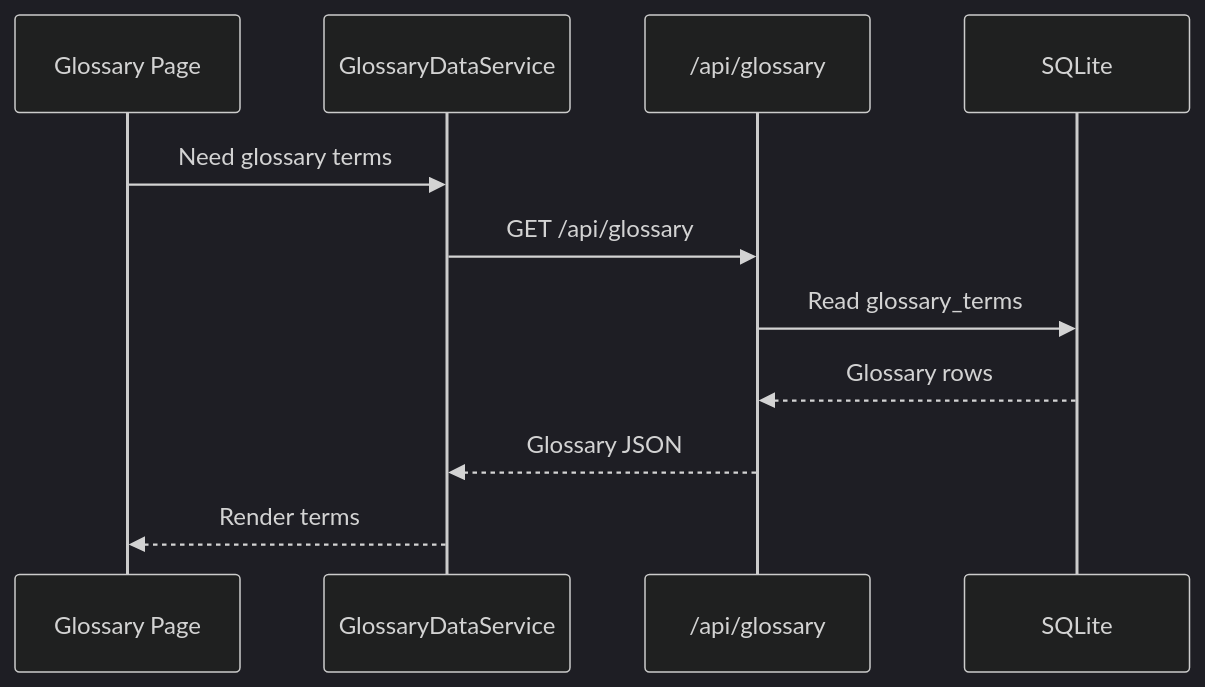
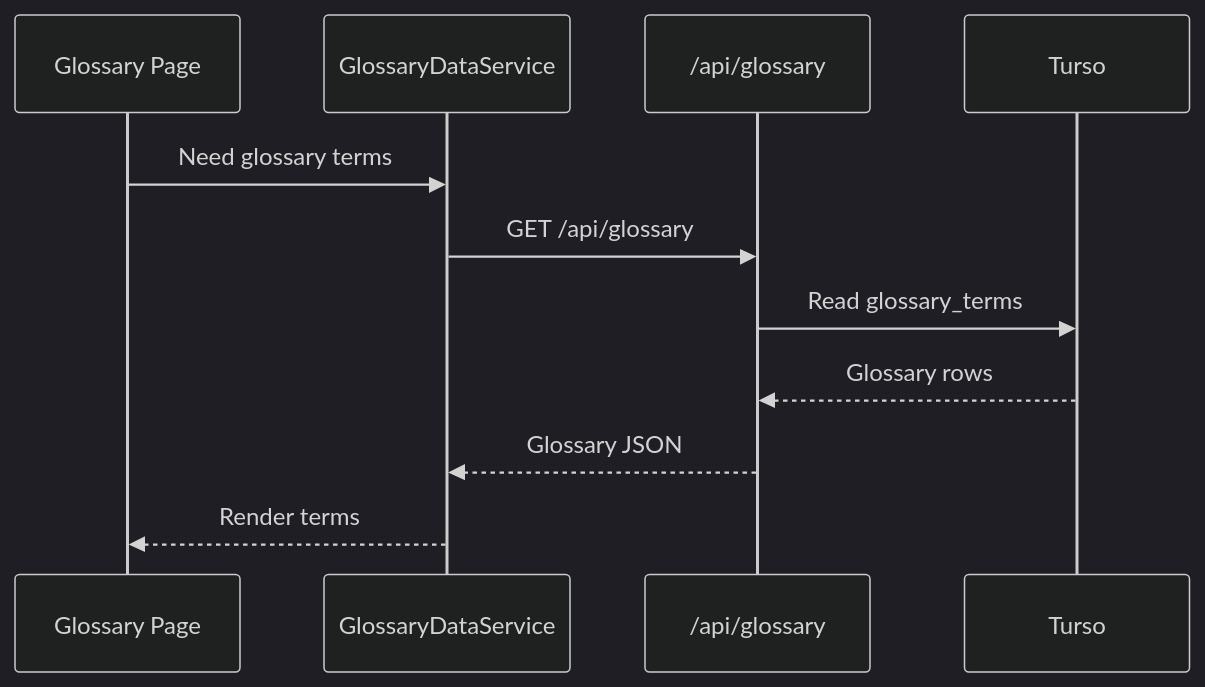
Before and after one commit to anthonyturner/marvel-rivals-coach: the fifth of 7 diagrams in src/docs/content-data-flow.md, drawn with Mermaid (dark theme). The commit also changed other lines of this file and 12 other files, not shown here.

First line of the commit message:
feat: migrate from SQLite to Turso for database management

````diff
--- a/src/docs/content-data-flow.md
+++ b/src/docs/content-data-flow.md
@@ -108,14 +108,14 @@
 ```mermaid
 sequenceDiagram
   participant Page as Glossary Page
   participant Service as GlossaryDataService
   participant Api as /api/glossary
-  participant DB as SQLite
+  participant DB as Turso
 
   Page->>Service: Need glossary terms
   Service->>Api: GET /api/glossary
   Api->>DB: Read glossary_terms
   DB-->>Api: Glossary rows
   Api-->>Service: Glossary JSON
   Service-->>Page: Render terms
 ```
````
